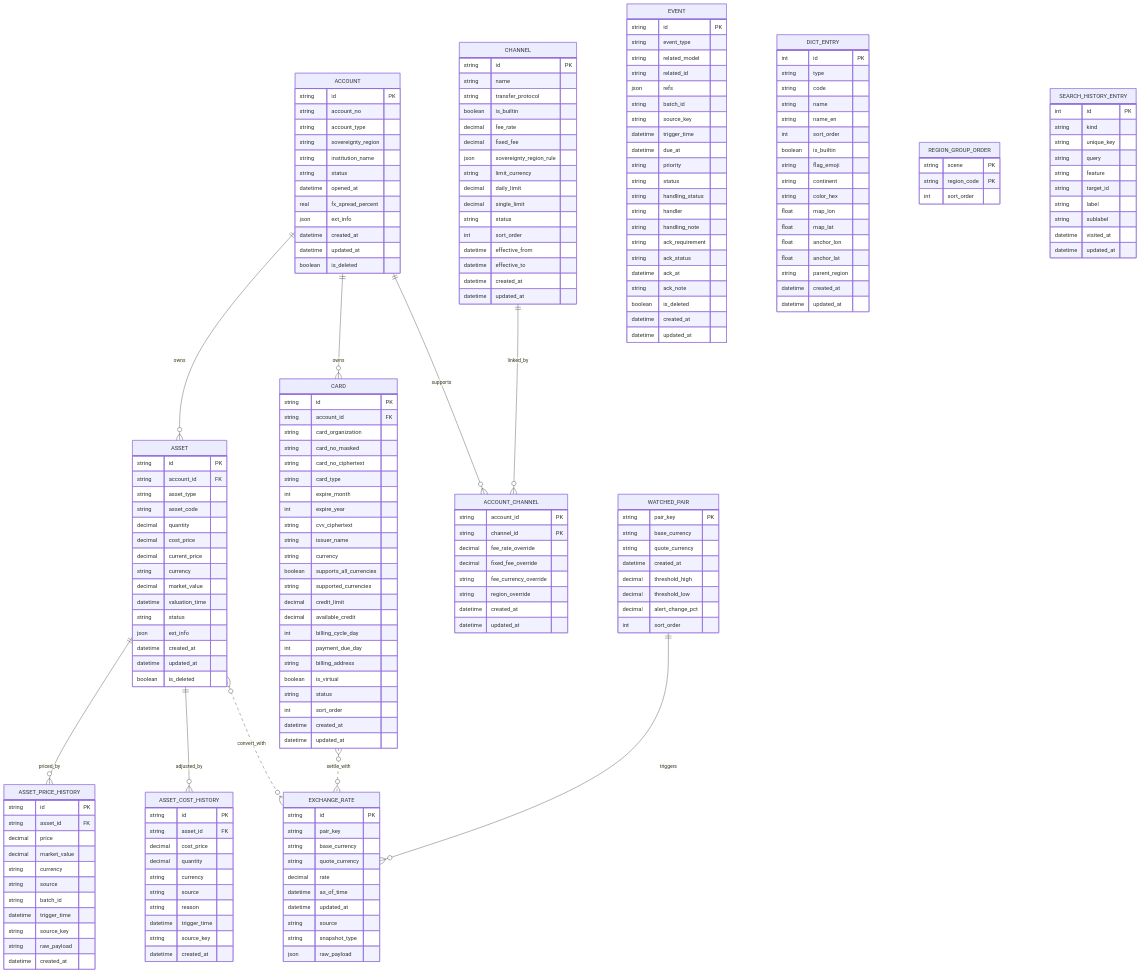
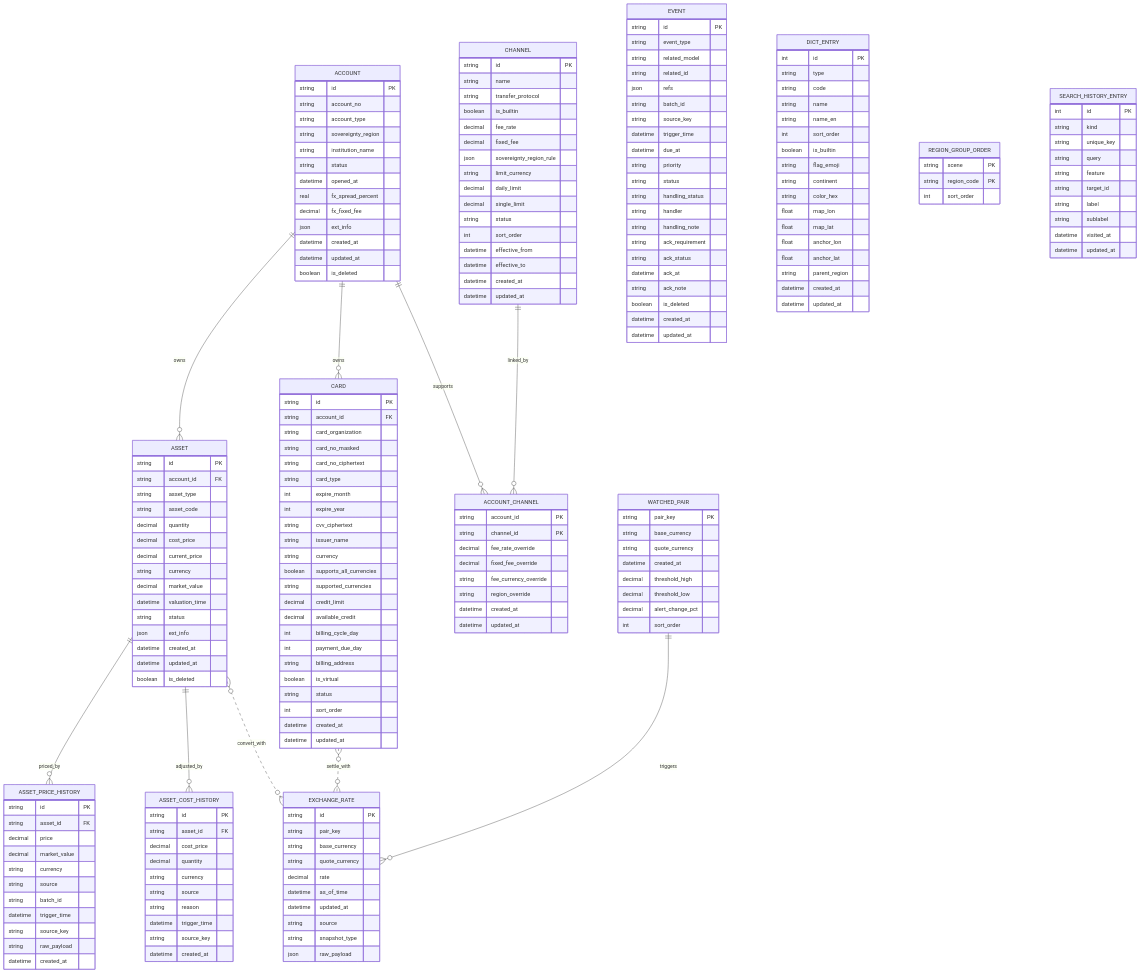
The diagram in doc/er-diagram.md (Karenina-na/coffer), drawn with Mermaid before and after one commit. The commit also changed other lines of this file and 197 other files, not shown here.

First line of the commit message:
refactor: tighten architecture boundaries and refresh docs

```diff
--- a/doc/er-diagram.md
+++ b/doc/er-diagram.md
@@ -27,6 +27,7 @@
         string status
         datetime opened_at
         real fx_spread_percent
+        decimal fx_fixed_fee
         json ext_info
         datetime created_at
         datetime updated_at
```
